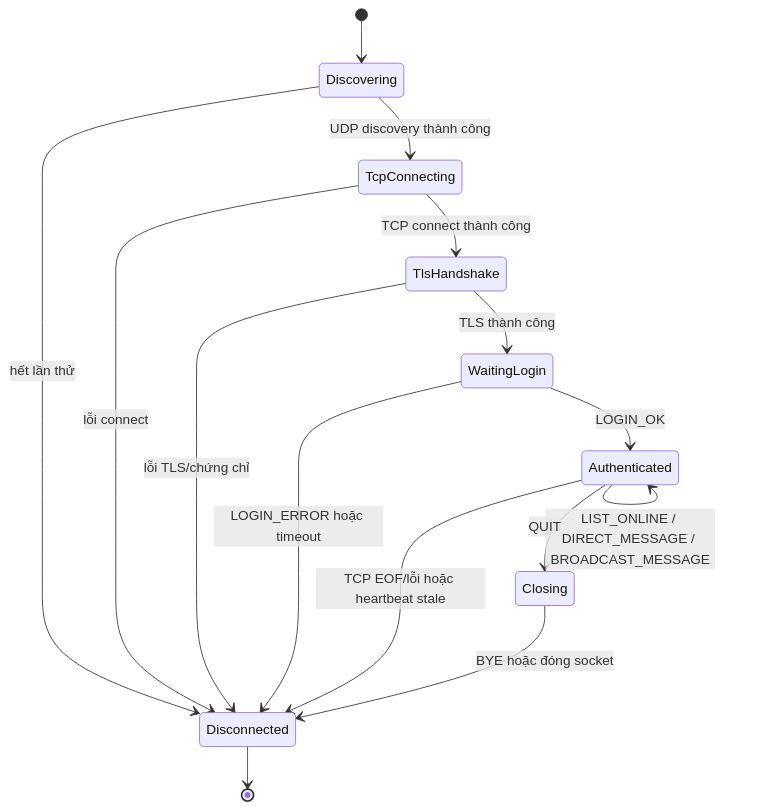
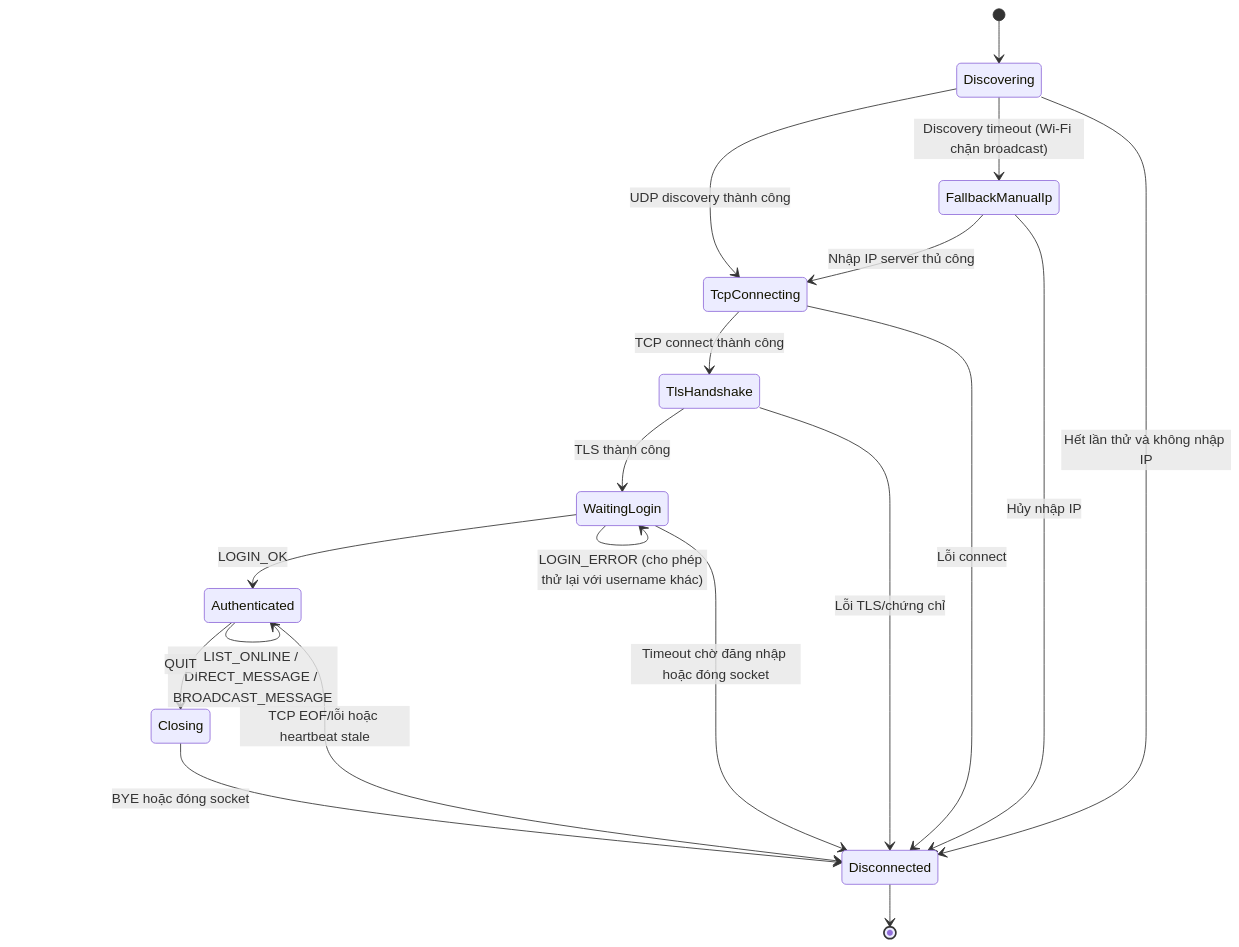
The third of 4 diagrams in docs/architecture.md (wiliamvux2102/Distributed-Client-Server-Collaboration-Application), drawn with Mermaid before and after one commit. The commit also changed other lines of this file and 3 other files, not shown here.

Commit message:
docs: update state diagram, protocol errors, and test results; add submission packaging script

````diff
--- a/docs/architecture.md
+++ b/docs/architecture.md
@@ -135,17 +135,21 @@
 ```mermaid
 stateDiagram-v2
     [*] --> Discovering
     Discovering --> TcpConnecting: UDP discovery thành công
-    Discovering --> Disconnected: hết lần thử
+    Discovering --> FallbackManualIp: Discovery timeout (Wi-Fi chặn broadcast)
+    FallbackManualIp --> TcpConnecting: Nhập IP server thủ công
+    FallbackManualIp --> Disconnected: Hủy nhập IP
+    Discovering --> Disconnected: Hết lần thử và không nhập IP
     TcpConnecting --> TlsHandshake: TCP connect thành công
-    TcpConnecting --> Disconnected: lỗi connect
+    TcpConnecting --> Disconnected: Lỗi connect
     TlsHandshake --> WaitingLogin: TLS thành công
-    TlsHandshake --> Disconnected: lỗi TLS/chứng chỉ
+    TlsHandshake --> Disconnected: Lỗi TLS/chứng chỉ
     WaitingLogin --> Authenticated: LOGIN_OK
-    WaitingLogin --> Disconnected: LOGIN_ERROR hoặc timeout
+    WaitingLogin --> WaitingLogin: LOGIN_ERROR (cho phép thử lại với username khác)
+    WaitingLogin --> Disconnected: Timeout chờ đăng nhập hoặc đóng socket
     Authenticated --> Authenticated: LIST_ONLINE / DIRECT_MESSAGE / BROADCAST_MESSAGE
     Authenticated --> Closing: QUIT
     Authenticated --> Disconnected: TCP EOF/lỗi hoặc heartbeat stale
     Closing --> Disconnected: BYE hoặc đóng socket
     Disconnected --> [*]
 ```
````
